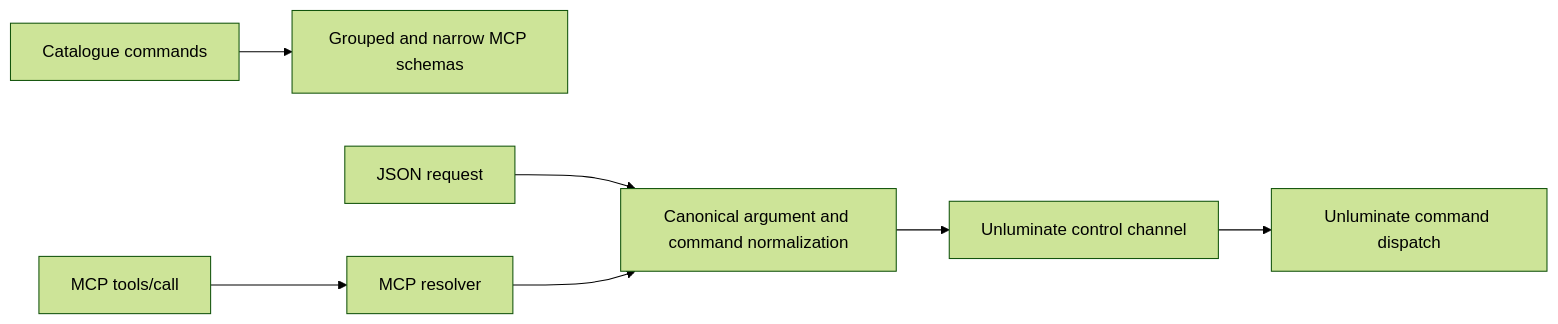
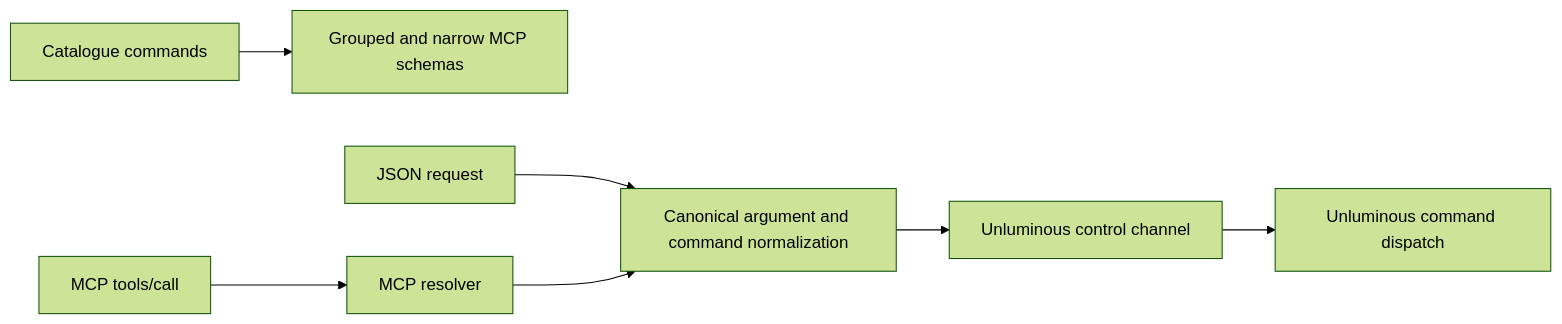
Before and after one commit to Black-Rainbow-Labs/Unluminous: the first of 2 diagrams in tasks/task-1703-mcp-aliases-tdd.md, drawn with Mermaid (forest theme). The commit also changed other lines of this file and 1327 other files, not shown here.

````diff
--- a/tasks/task-1703-mcp-aliases-tdd.md
+++ b/tasks/task-1703-mcp-aliases-tdd.md
@@ -45,9 +45,9 @@
 ```mermaid
 flowchart LR
     C[Catalogue commands] --> S[Grouped and narrow MCP schemas]
     J[JSON request] --> N[Canonical argument and command normalization]
     M[MCP tools/call] --> R[MCP resolver]
     R --> N
-    N --> W[Unluminate control channel]
-    W --> D[Unluminate command dispatch]
+    N --> W[Unluminous control channel]
+    W --> D[Unluminous command dispatch]
 ```
````
